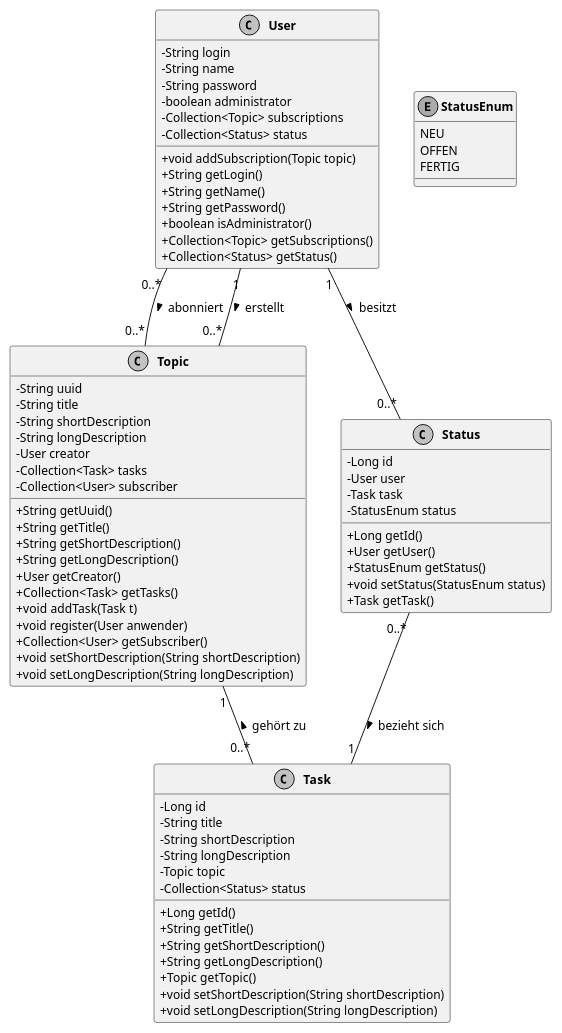
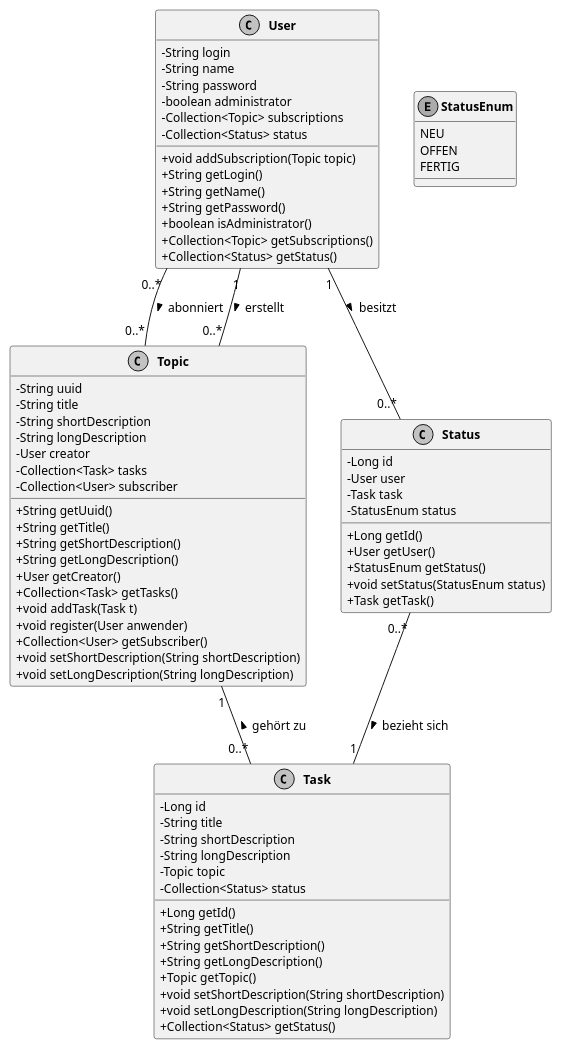
The diagram in doku/Datenmodell.plantuml (SimonHirner/agenda20), drawn with PlantUML before and after one commit. The commit also changed 4 other files, not shown here.

```diff
--- a/doku/Datenmodell.plantuml
+++ b/doku/Datenmodell.plantuml
@@ -1,91 +1,92 @@
 @startuml
 
 ' Layout
 skinparam classAttributeIconSize 0
 skinparam monochrome true
 skinparam shadowing false
 skinparam DefaultFontName arial
 skinparam DefaultFontSize 12
 skinparam ClassFontStyle bold
 hide empty fields
 
 ' Assoziationen
 User "0..*" -- "0..*" Topic : > abonniert
 User "1" -- "0..*" Topic : > erstellt
 User "1" -- "0..*" Status : > besitzt
 Topic "1" -- "0..*" Task : < gehört zu
 Status "0..*" -- "1" Task : > bezieht sich
 
 ' Klassen
 class Status [[java:edu.hm.cs.katz.swt2.agenda.persistence.Status]] {
 	-Long id
 	-User user
 	-Task task
 	-StatusEnum status
 	+Long getId()
 	+User getUser()
 	+StatusEnum getStatus()
 	+void setStatus(StatusEnum status)
 	+Task getTask()
 }
 
 class Task [[java:edu.hm.cs.katz.swt2.agenda.persistence.Task]] {
 	-Long id
 	-String title
 	-String shortDescription
 	-String longDescription
 	-Topic topic
 	-Collection<Status> status
 	+Long getId()
 	+String getTitle()
 	+String getShortDescription()
 	+String getLongDescription()
 	+Topic getTopic()
 	+void setShortDescription(String shortDescription)
 	+void setLongDescription(String longDescription)
+	+Collection<Status> getStatus()
 }
 
 class User [[java:edu.hm.cs.katz.swt2.agenda.persistence.User]] {
 	-String login
 	-String name
 	-String password
 	-boolean administrator
 	-Collection<Topic> subscriptions
 	-Collection<Status> status
 	+void addSubscription(Topic topic)
 	+String getLogin()
 	+String getName()
 	+String getPassword()
 	+boolean isAdministrator()
 	+Collection<Topic> getSubscriptions()
 	+Collection<Status> getStatus()
 }
 
 class Topic [[java:edu.hm.cs.katz.swt2.agenda.persistence.Topic]] {
 	-String uuid
 	-String title
 	-String shortDescription
 	-String longDescription
 	-User creator
 	-Collection<Task> tasks
 	-Collection<User> subscriber
 	+String getUuid()
 	+String getTitle()
 	+String getShortDescription()
 	+String getLongDescription()
 	+User getCreator()
 	+Collection<Task> getTasks()
 	+void addTask(Task t)
 	+void register(User anwender)
 	+Collection<User> getSubscriber()
 	+void setShortDescription(String shortDescription)
 	+void setLongDescription(String longDescription)
 }
 
 enum StatusEnum [[java:edu.hm.cs.katz.swt2.agenda.common.StatusEnum]] {
 	NEU
 	OFFEN
 	FERTIG
 }
 
 @enduml
```
